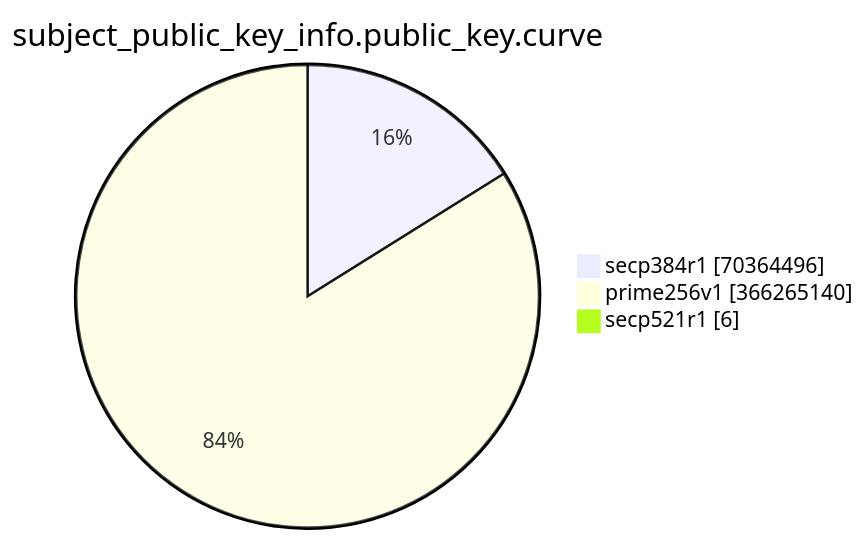
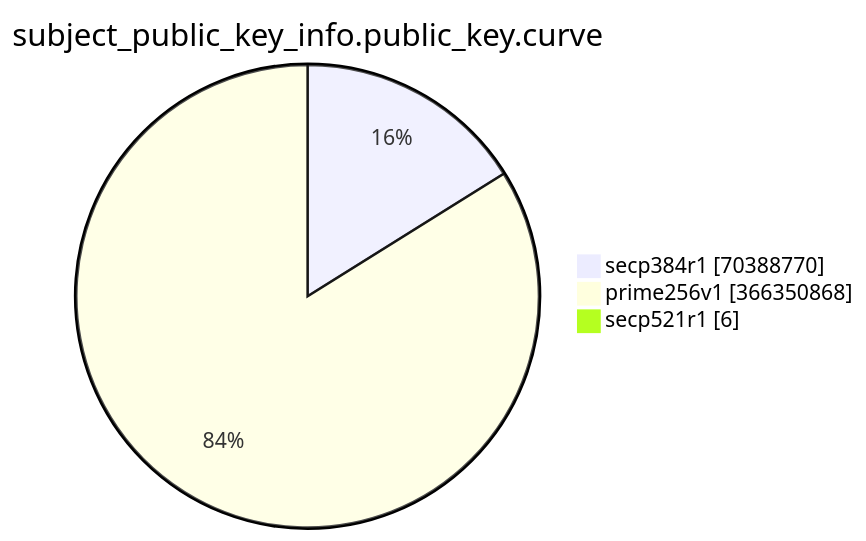
Before and after one commit to christiankrug/ctmonitor_visualization: the eighth of 15 diagrams in TOTAL/README.md, drawn with Mermaid. The commit also changed other lines of this file, not shown here.

````diff
--- a/TOTAL/README.md
+++ b/TOTAL/README.md
@@ -3093,7 +3093,7 @@
 ```mermaid
 pie showData
 title subject_public_key_info.public_key.curve
-"secp384r1" :70364496
-"prime256v1" :366265140
+"secp384r1" :70388770
+"prime256v1" :366350868
 "secp521r1" :6
 ```
````
